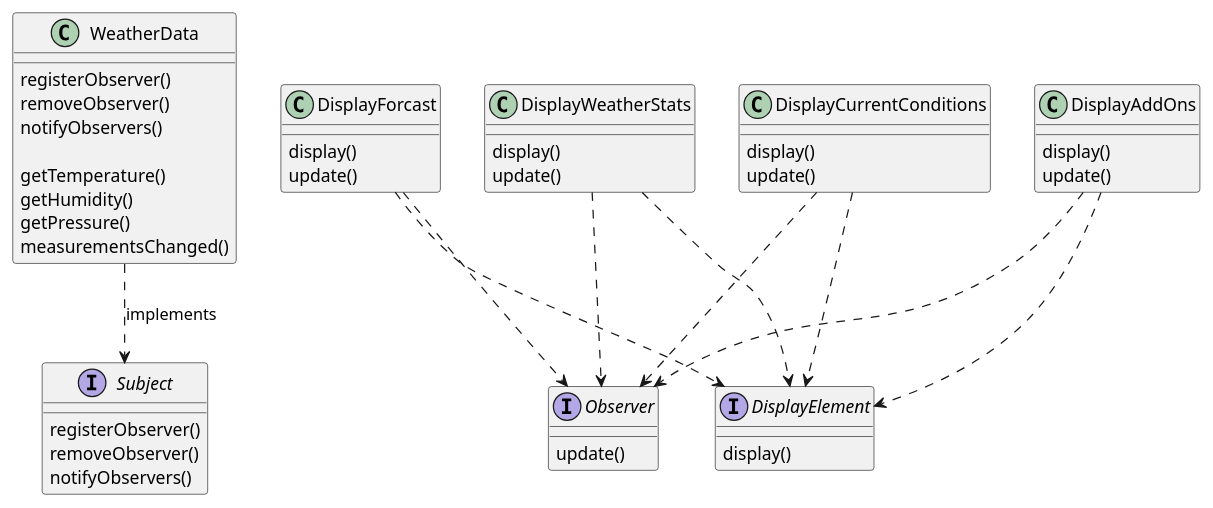
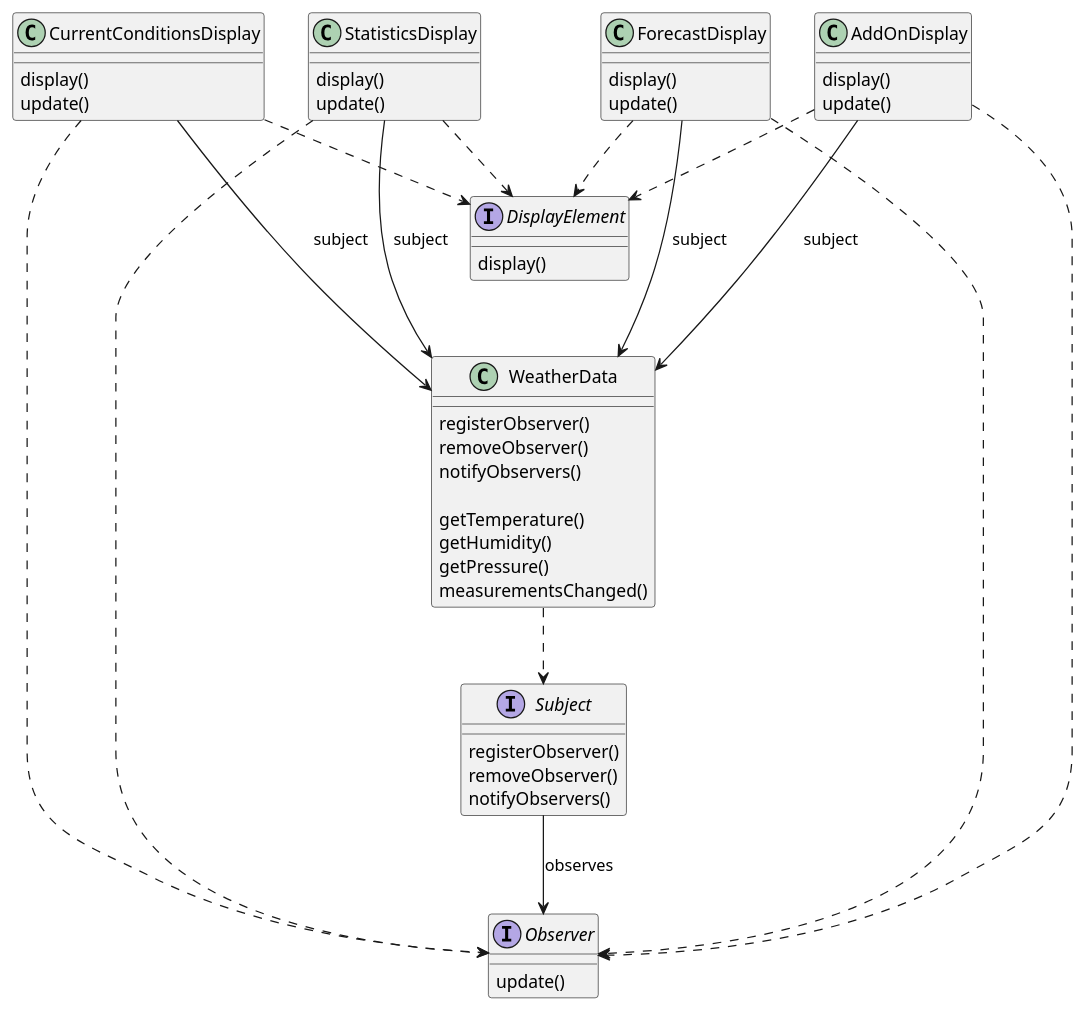
One commit to pvanuffelen/head_first_design_patterns changed the diagram in 2_the_observer_pattern/p55_sketch_classes_WeatherData.plantuml. Above: the diagram before and after it, drawn with PlantUML.

Commit message:
Refactor to make coincide with book

```diff
--- a/2_the_observer_pattern/p55_sketch_classes_WeatherData.plantuml
+++ b/2_the_observer_pattern/p55_sketch_classes_WeatherData.plantuml
@@ -1,61 +1,70 @@
 @startuml
 
 interface Subject {
 registerObserver()
 removeObserver()
 notifyObservers()
 
 }
 
 interface Observer {
 update()
 }
 
 interface DisplayElement {
 display()
 }
 
 class WeatherData {
 registerObserver()
 removeObserver()
 notifyObservers()
 
 getTemperature()
 getHumidity()
 getPressure()
 measurementsChanged()
 }
 
-class DisplayCurrentConditions {
+class CurrentConditionsDisplay {
 display()
 update()
 }
 
-class DisplayWeatherStats {
+class StatisticsDisplay {
 display()
 update()
 }
 
-class DisplayForcast {
+class ForecastDisplay {
 display()
 update()
 }
 
-class DisplayAddOns {
+class AddOnDisplay {
 display()
 update()
 }
 
-WeatherData ..> Subject :implements
+'implementation arrows
+WeatherData ..> Subject
 
-DisplayCurrentConditions ..> Observer
-DisplayWeatherStats ..> Observer
-DisplayForcast ..> Observer
-DisplayAddOns ..> Observer
+CurrentConditionsDisplay ..> Observer
+StatisticsDisplay ..> Observer
+ForecastDisplay ..> Observer
+AddOnDisplay ..> Observer
 
-DisplayCurrentConditions ..> DisplayElement
-DisplayWeatherStats ..> DisplayElement
-DisplayForcast ..> DisplayElement
-DisplayAddOns ..> DisplayElement
+CurrentConditionsDisplay ..> DisplayElement
+StatisticsDisplay ..> DisplayElement
+ForecastDisplay ..> DisplayElement
+AddOnDisplay ..> DisplayElement
 
+'observer arrows
+Subject --> Observer :observes
+
+'subject arrows
+CurrentConditionsDisplay ---> WeatherData :subject
+StatisticsDisplay ---> WeatherData :subject
+ForecastDisplay ---> WeatherData :subject
+AddOnDisplay ---> WeatherData :subject
 @enduml
```
